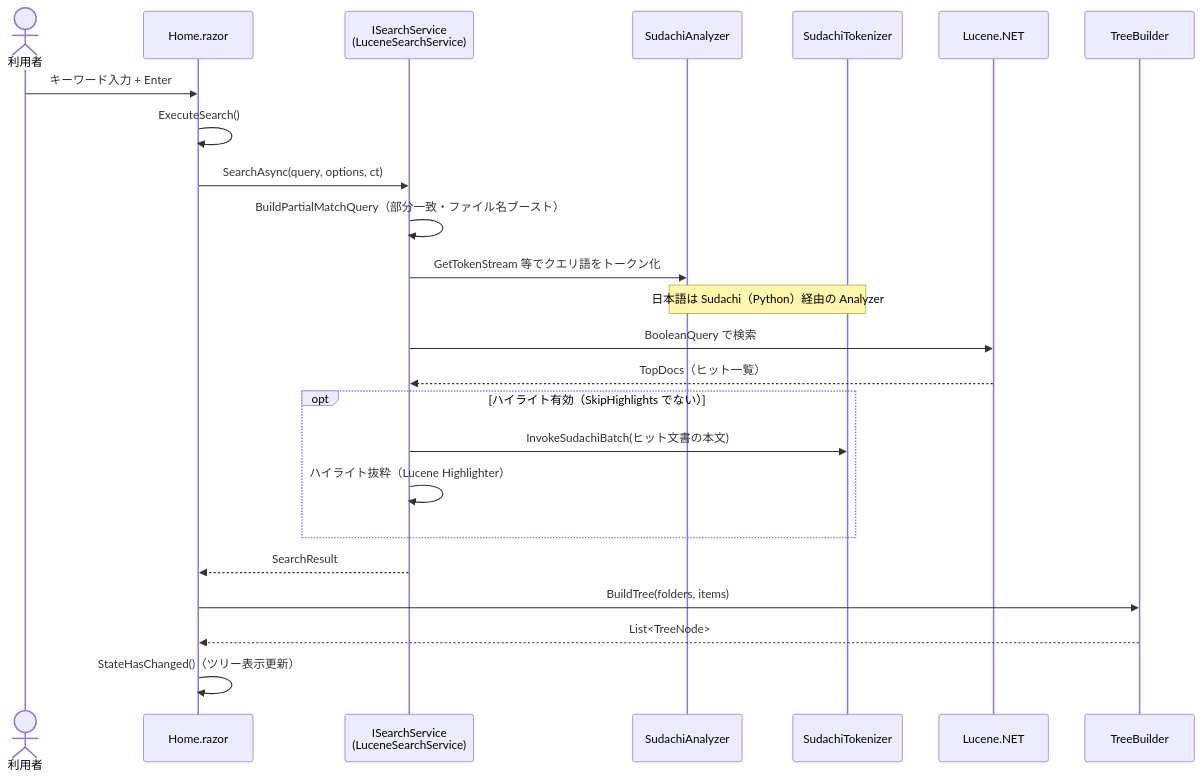
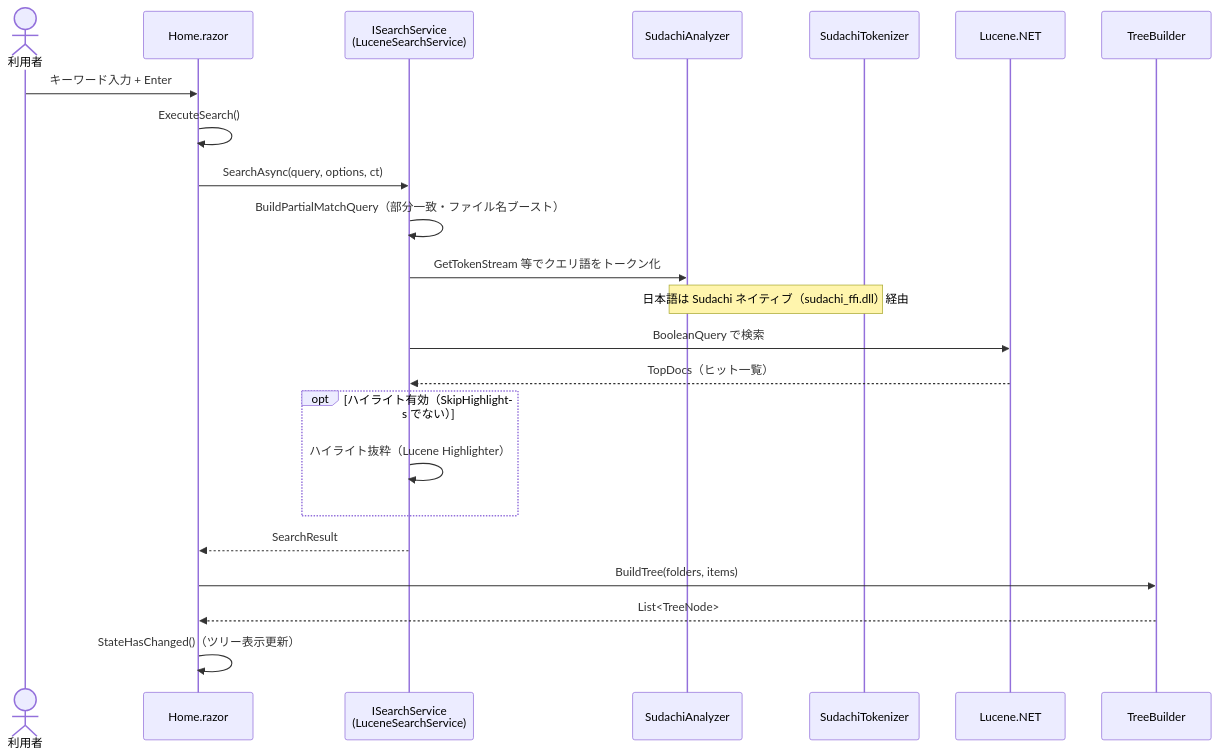
The sixth of 15 diagrams in docs/UML図.md (zndmonya-dot/FileSearchApp-), drawn with Mermaid before and after one commit. The commit also changed other lines of this file and 82 other files, not shown here.

````diff
--- a/docs/UML図.md
+++ b/docs/UML図.md
@@ -425,27 +421,26 @@
 ```mermaid
 sequenceDiagram
     actor User as 利用者
     participant Home as Home.razor
     participant Search as ISearchService<br/>(LuceneSearchService)
     participant Analyzer as SudachiAnalyzer
     participant Sudachi as SudachiTokenizer
     participant Lucene as Lucene.NET
     participant Tree as TreeBuilder
 
     User->>Home: キーワード入力 + Enter
     Home->>Home: ExecuteSearch()
     Home->>Search: SearchAsync(query, options, ct)
     Search->>Search: BuildPartialMatchQuery（部分一致・ファイル名ブースト）
     Search->>Analyzer: GetTokenStream 等でクエリ語をトークン化
-    Note over Analyzer,Sudachi: 日本語は Sudachi（Python）経由の Analyzer
+    Note over Analyzer,Sudachi: 日本語は Sudachi ネイティブ（sudachi_ffi.dll）経由
     Search->>Lucene: BooleanQuery で検索
     Lucene-->>Search: TopDocs（ヒット一覧）
     opt ハイライト有効（SkipHighlights でない）
-        Search->>Sudachi: InvokeSudachiBatch(ヒット文書の本文)
         Search->>Search: ハイライト抜粋（Lucene Highlighter）
     end
     Search-->>Home: SearchResult
     Home->>Tree: BuildTree(folders, items)
     Tree-->>Home: List<TreeNode>
     Home->>Home: StateHasChanged()（ツリー表示更新）
 ```
````
